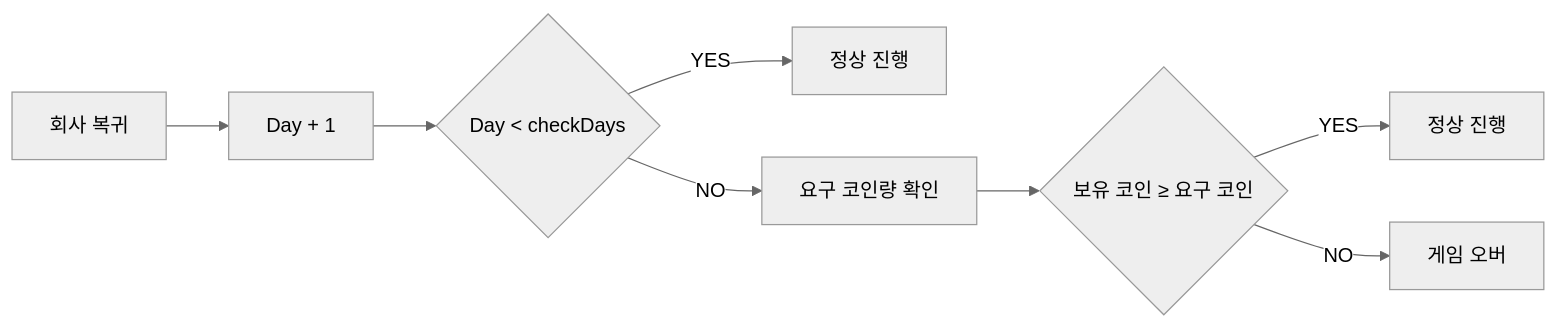
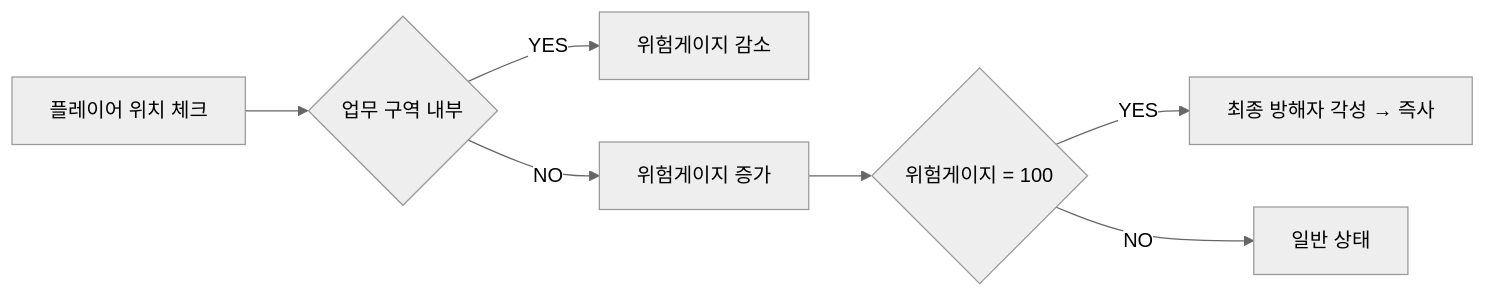
Before and after one commit to bell-ha/delrev-game: the third of 3 diagrams in README.md, drawn with Mermaid (neutral theme). The commit also changed other lines of this file and 12 other files, not shown here.

````diff
--- a/README.md
+++ b/README.md
@@ -151,10 +189,9 @@
-      ```mermaid
-        flowchart LR
-          A["회사 복귀"] --> B["Day + 1"]
-          B --> C{"Day < checkDays"}
-          C -->|YES| D["정상 진행"]
-          C -->|NO| E["요구 코인량 확인"]
-          E --> F{"보유 코인 ≥ 요구 코인"}
-          F -->|YES| G["정상 진행"]
-          F -->|NO| H["게임 오버"]
-        ```
+```mermaid
+flowchart LR
+  A["플레이어 위치 체크"] --> B{"업무 구역 내부"}
+  B -->|YES| C["위험게이지 감소"]
+  B -->|NO| D["위험게이지 증가"]
+  D --> E{"위험게이지 = 100"}
+  E -->|YES| F["최종 방해자 각성 → 즉사"]
+  E -->|NO| G["일반 상태"]
+```
````
